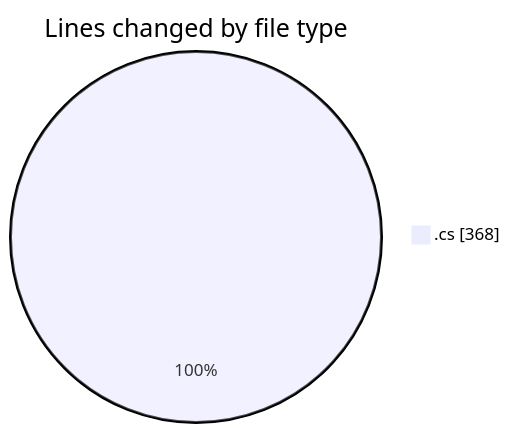
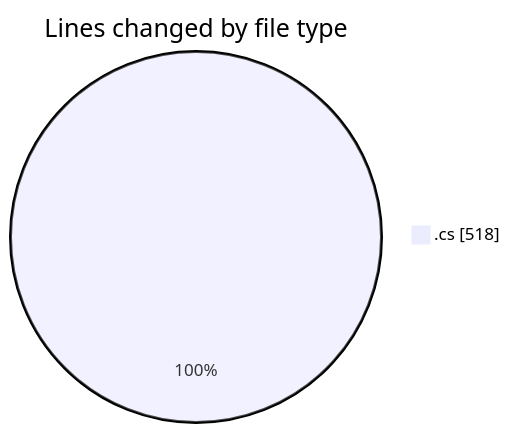
The first of 2 diagrams in 2025-03-15/sharpmasm/README.md (charlie-sans/code-tracking), drawn with Mermaid before and after one commit. The commit also changed other lines of this file and 1 other file, not shown here.

````diff
--- a/2025-03-15/sharpmasm/README.md
+++ b/2025-03-15/sharpmasm/README.md
@@ -23,5 +24,5 @@
 ```mermaid
 pie showData
 title Lines changed by file type
-".cs" : 368
+".cs" : 518
 ```
````
